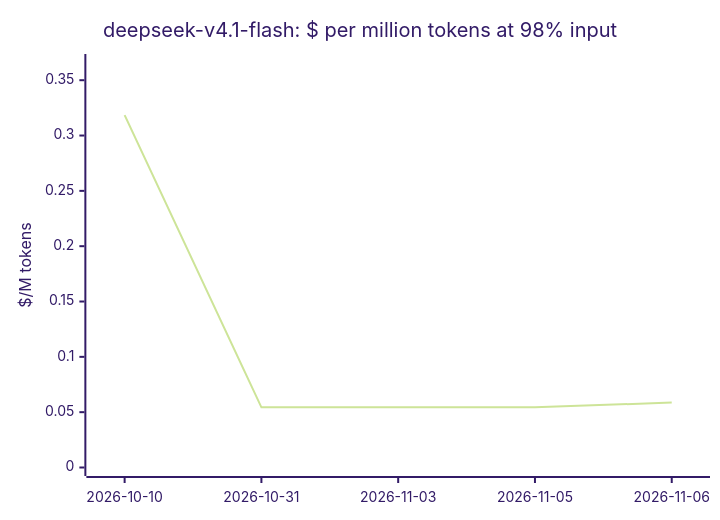
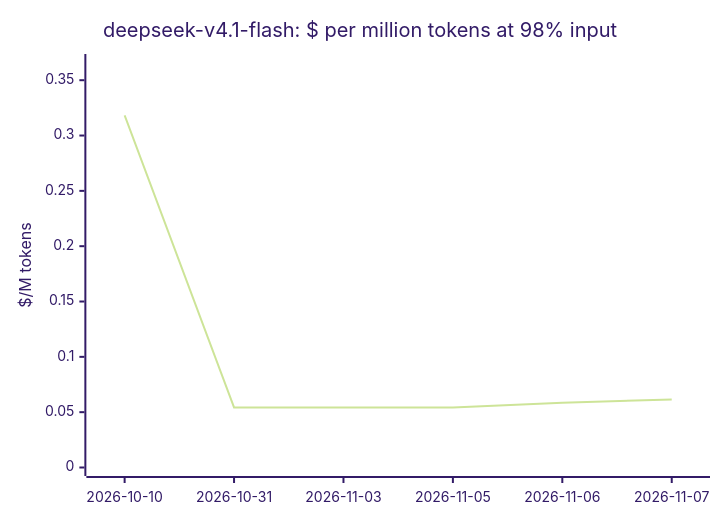
One commit to cklukas/OMEGA_TRANSFORM changed the seventh of 20 diagrams in docs/openrouter-models.md. Above: the diagram before and after it, drawn with Mermaid (forest theme). The commit also changed other lines of this file and 68 other files, not shown here.

````diff
--- a/docs/openrouter-models.md
+++ b/docs/openrouter-models.md
@@ -194,7 +193,7 @@
 ```mermaid
 xychart-beta
     title "deepseek-v4.1-flash: $ per million tokens at 98% input"
-    x-axis ["2026-10-10", "2026-10-31", "2026-11-03", "2026-11-05", "2026-11-06"]
+    x-axis ["2026-10-10", "2026-10-31", "2026-11-03", "2026-11-05", "2026-11-06", "2026-11-07"]
     y-axis "$/M tokens" 0 --> 0.366
-    line [0.3185, 0.05435, 0.05435, 0.05435, 0.0587]
+    line [0.3183, 0.05425, 0.05425, 0.05425, 0.05859, 0.0615]
 ```
````
